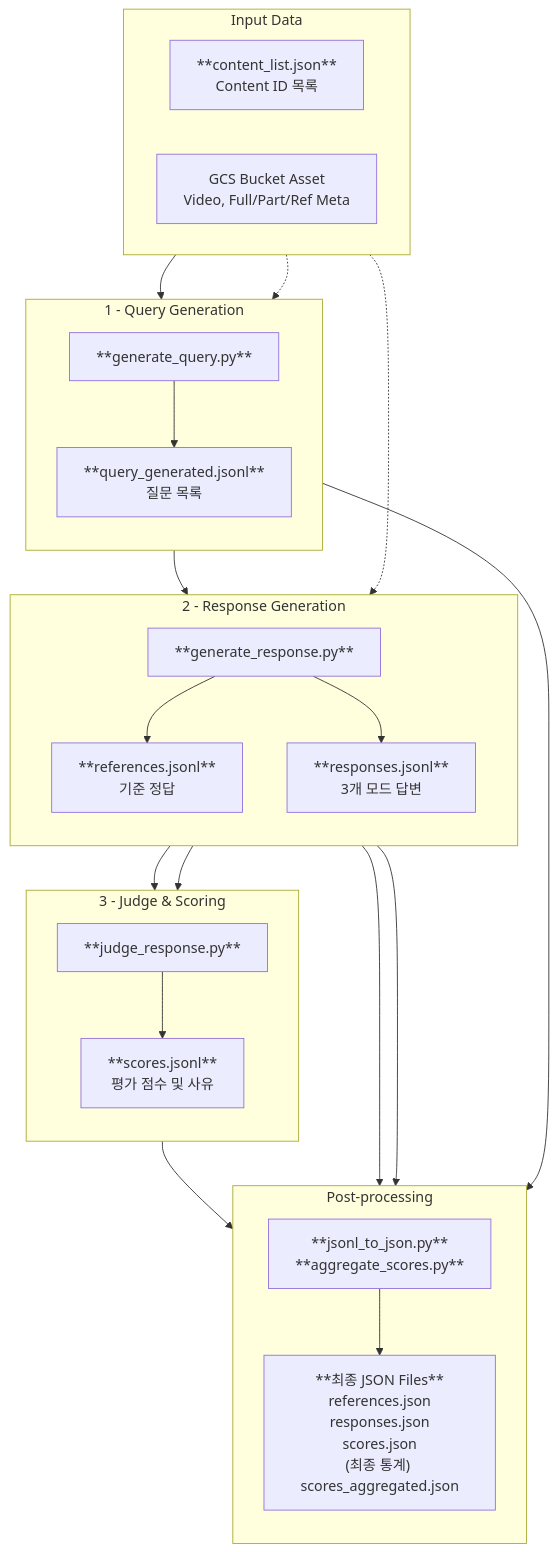
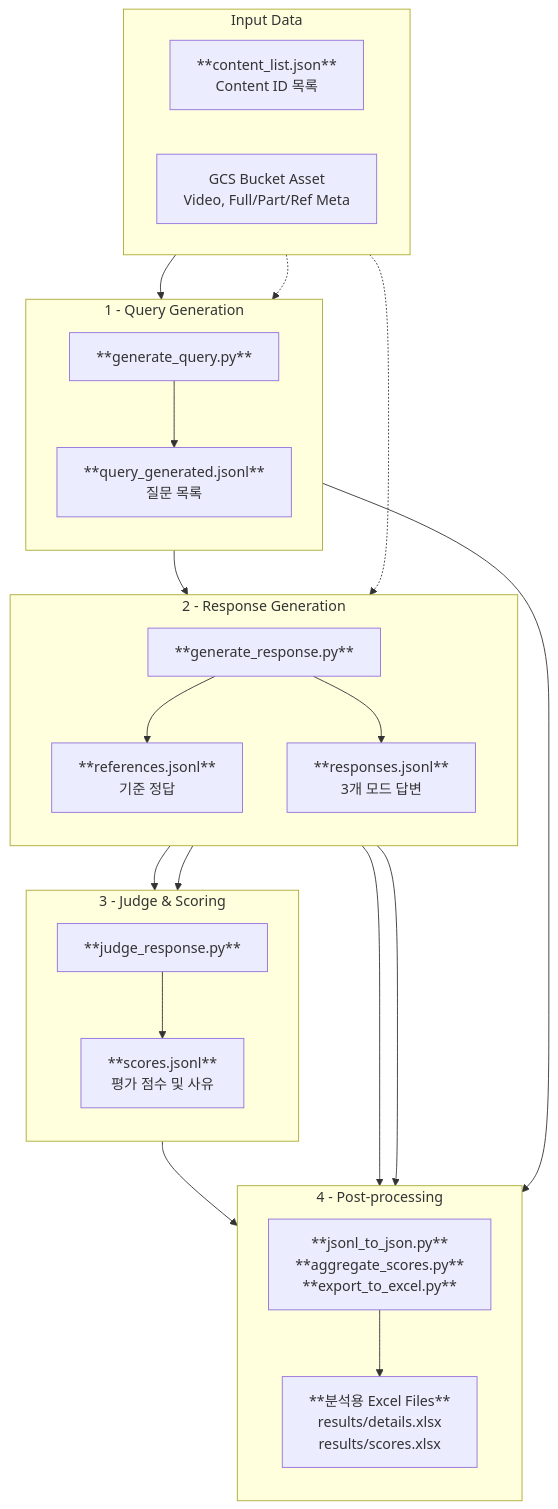
The diagram in README.md (obeychoi0120/LLMJudge), drawn with Mermaid before and after one commit. The commit also changed other lines of this file and 13 other files, not shown here.

````diff
--- a/README.md
+++ b/README.md
@@ -13,52 +13,52 @@
 ```mermaid
 flowchart TD
     subgraph INPUT["Input Data"]
         direction LR
         CL["**content_list.json**<br/>Content ID 목록"]
         GCS["GCS Bucket Asset<br/>Video, Full/Part/Ref Meta"]
     end
 
     subgraph STEP1["1 - Query Generation"]
         direction TB
         Q_SCRIPT["**generate_query.py**"]
         Q_OUT["**query_generated.jsonl**<br/>질문 목록"]
     end
 
     subgraph STEP2["2 - Response Generation"]
         direction TB
         R_SCRIPT["**generate_response.py**"]
         R_OUT1["**references.jsonl**<br/>기준 정답"]
         R_OUT2["**responses.jsonl**<br/>3개 모드 답변"]
     end
 
     subgraph STEP3["3 - Judge & Scoring"]
         direction TB
         J_SCRIPT["**judge_response.py**"]
         J_OUT["**scores.jsonl**<br/>평가 점수 및 사유"]
     end
 
-    subgraph STEP4["Post-processing"]
+    subgraph STEP4["4 - Post-processing"]
         direction TB
-        A_SCRIPT["**jsonl_to_json.py**<br/>**aggregate_scores.py**"]
-        A_OUT["**최종 JSON Files**<br/>references.json<br/>responses.json<br/>scores.json<br/>(최종 통계) scores_aggregated.json"]
+        A_SCRIPT["**jsonl_to_json.py**<br/>**aggregate_scores.py**<br/>**export_to_excel.py**"]
+        A_OUT["**분석용 Excel Files**<br/>results/details.xlsx<br/>results/scores.xlsx"]
     end
 
     CL --> Q_SCRIPT
     GCS -.-> Q_SCRIPT
     Q_SCRIPT --> Q_OUT
     
     Q_OUT --> R_SCRIPT
     GCS -.-> R_SCRIPT
     R_SCRIPT --> R_OUT1
     R_SCRIPT --> R_OUT2
     
     R_OUT1 --> J_SCRIPT
     R_OUT2 --> J_SCRIPT
     J_SCRIPT --> J_OUT
     
     J_OUT --> A_SCRIPT
     Q_OUT --> A_SCRIPT
     R_OUT1 --> A_SCRIPT
     R_OUT2 --> A_SCRIPT
     A_SCRIPT --> A_OUT
 ```
````
